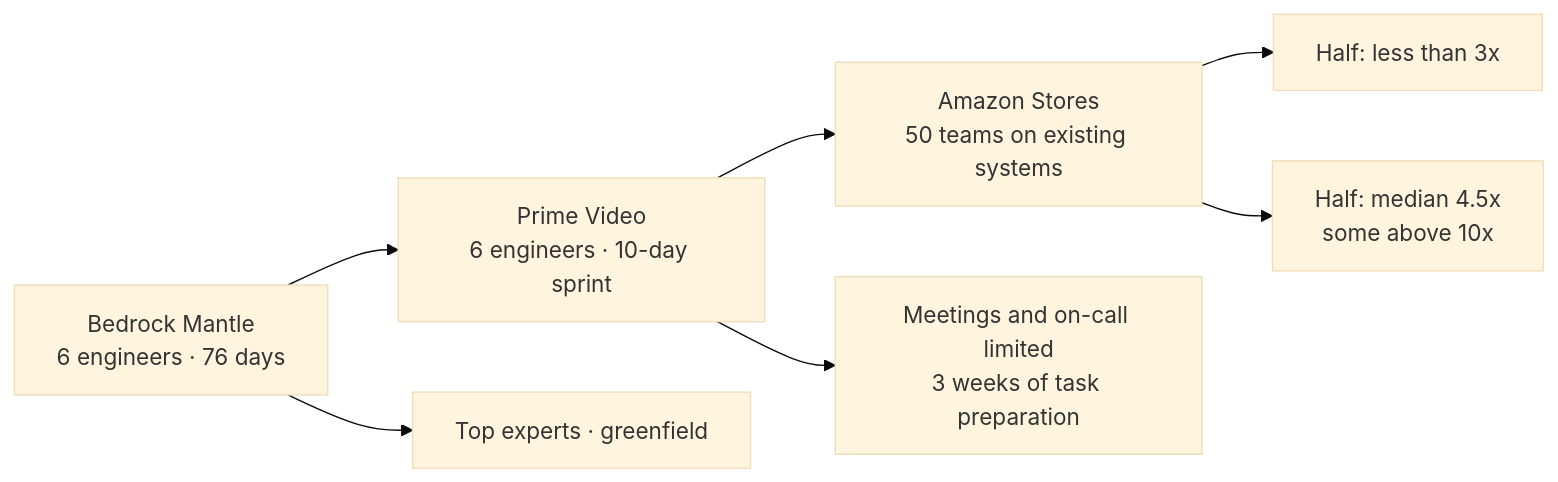
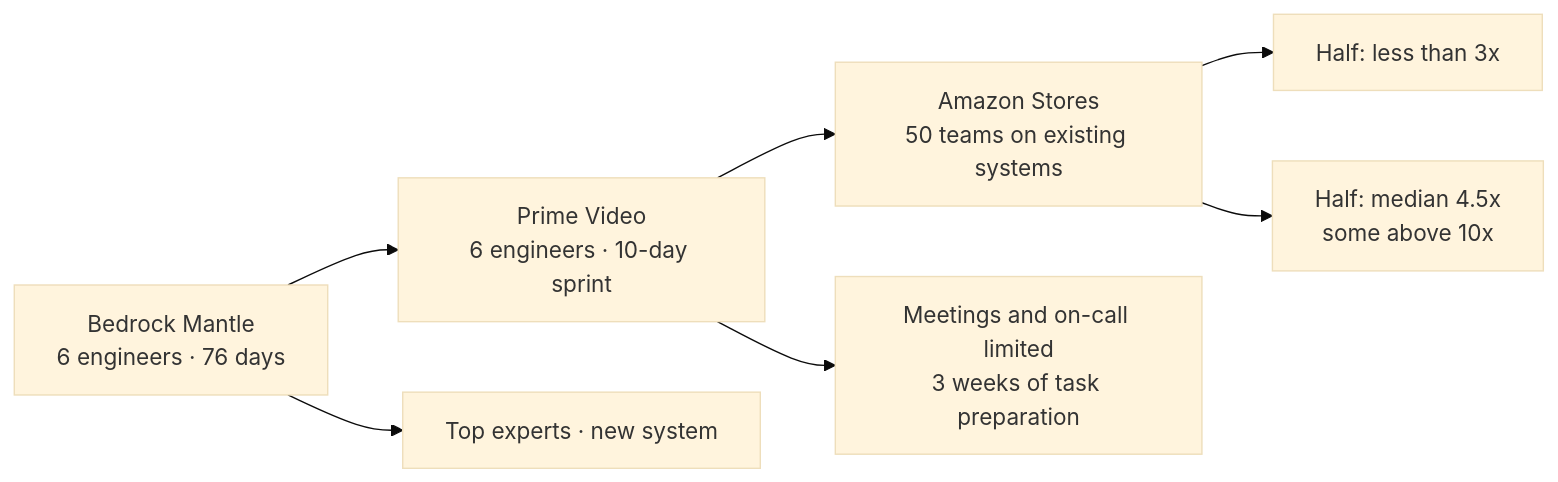
The second of 5 diagrams in _en/2026-08-31-frontier-development-habits.md (haandol/haandol.github.com), drawn with Mermaid (base theme) before and after one commit. The commit also changed other lines of this file and 8 other files, not shown here.

````diff
--- a/_en/2026-08-31-frontier-development-habits.md
+++ b/_en/2026-08-31-frontier-development-habits.md
@@ -124,9 +118,9 @@
 ```mermaid
 flowchart LR
     B["Bedrock Mantle<br/>6 engineers · 76 days"] --> P["Prime Video<br/>6 engineers · 10-day sprint"]
     P --> S["Amazon Stores<br/>50 teams on existing systems"]
-    B --> BC["Top experts · greenfield"]
+    B --> BC["Top experts · new system"]
     P --> PC["Meetings and on-call limited<br/>3 weeks of task preparation"]
     S --> L["Half: less than 3x"]
     S --> H["Half: median 4.5x<br/>some above 10x"]
 ```
````
